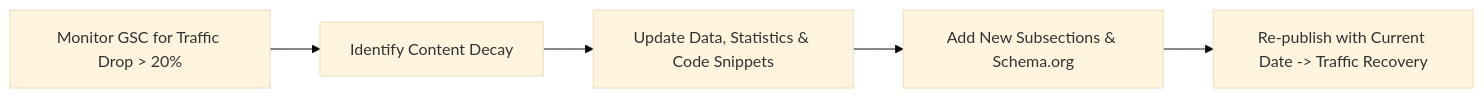
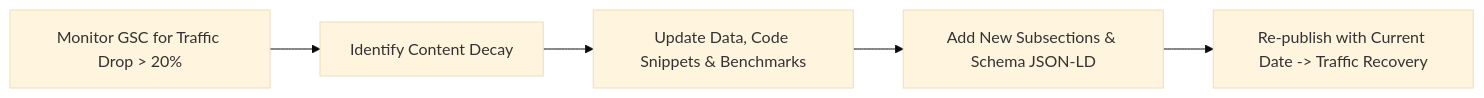
The second of 2 diagrams in content-strategy/README.md (seoerai/seo), drawn with Mermaid (base theme) before and after one commit. The commit also changed other lines of this file and 8 other files, not shown here.

````diff
--- a/content-strategy/README.md
+++ b/content-strategy/README.md
@@ -56,7 +56,7 @@
 ```mermaid
 flowchart LR
     A[Monitor GSC for Traffic Drop > 20%] --> B[Identify Content Decay]
-    B --> C[Update Data, Statistics & Code Snippets]
-    C --> D[Add New Subsections & Schema.org]
+    B --> C[Update Data, Code Snippets & Benchmarks]
+    C --> D[Add New Subsections & Schema JSON-LD]
     D --> E[Re-publish with Current Date -> Traffic Recovery]
 ```
````
